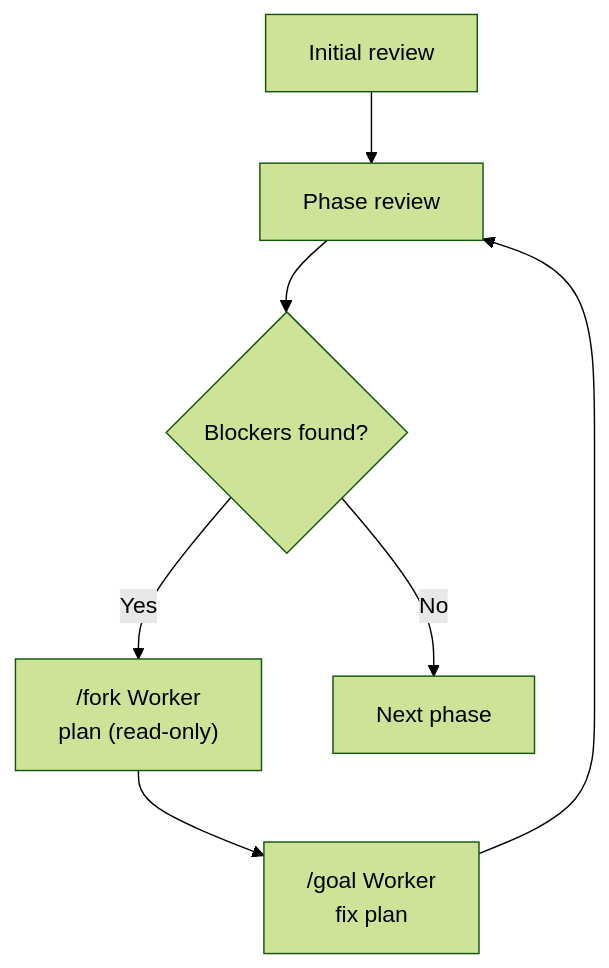
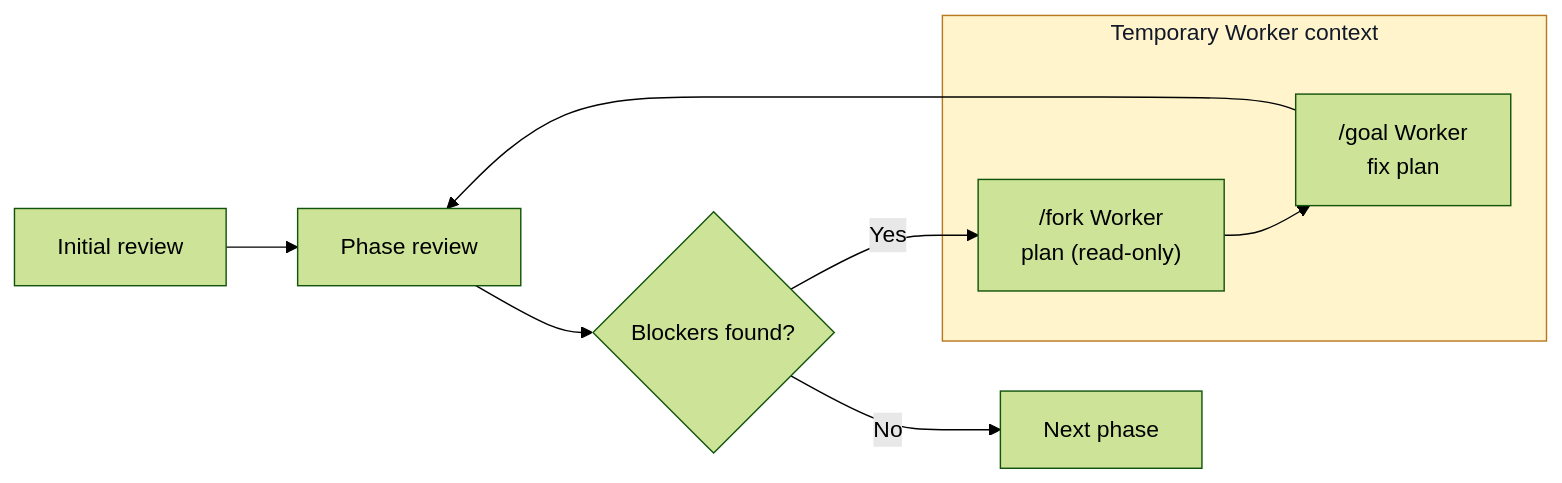
The diagram in README.md (vv-bogdanov/pre2prod), drawn with Mermaid (forest theme) before and after one commit. The commit also changed 2 other files, not shown here.

Commit message:
fix: make console tests ANSI-independent

````diff
--- a/README.md
+++ b/README.md
@@ -18,9 +18,14 @@
 ```mermaid
-flowchart TD
+flowchart LR
     I["Initial review"] --> R["Phase review"]
     R --> B{"Blockers found?"}
-    B -- Yes --> P["/fork Worker<br/>plan (read-only)"]
+    B -- Yes --> P
     B -- No --> N["Next phase"]
-    P --> F["/goal Worker<br/>fix plan"]
     F --> R
+
+    subgraph W["Temporary Worker context"]
+        P["/fork Worker<br/>plan (read-only)"] --> F["/goal Worker<br/>fix plan"]
+    end
+
+    style W fill:#fff4cc,stroke:#b7791f,color:#111827
 ```
````
